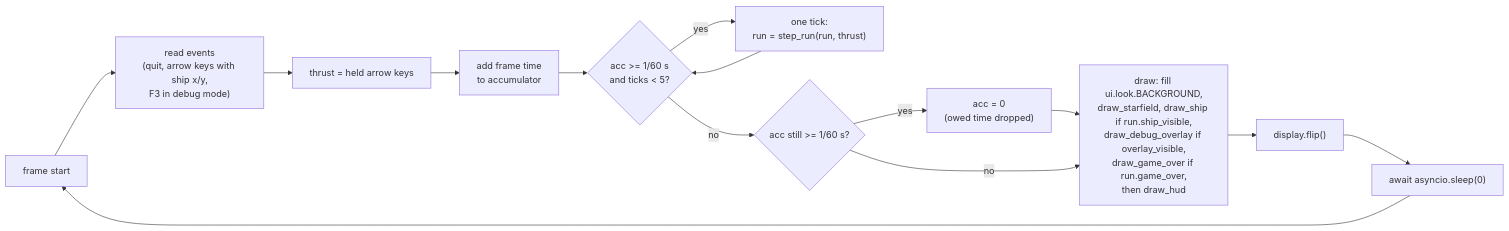
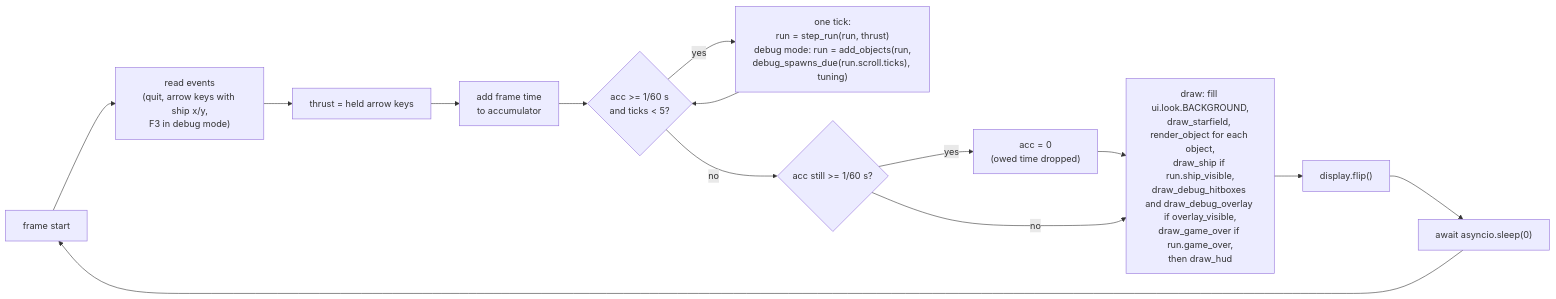
The third of 3 diagrams in docs/contracts/systems/app.md (david-mntl/driftward-ace), drawn with Mermaid before and after one commit. The commit also changed other lines of this file and 17 other files, not shown here.

Commit message:
docs(contracts): add objects spec and schemas, update run, ship, app and overlay specs

````diff
--- a/docs/contracts/systems/app.md
+++ b/docs/contracts/systems/app.md
@@ -76,14 +86,14 @@
 ```mermaid
 flowchart LR
   F["frame start"] --> EV["read events<br/>(quit, arrow keys with ship x/y,<br/>F3 in debug mode)"]
   EV --> HK["thrust = held arrow keys"]
   HK --> AC["add frame time<br/>to accumulator"]
   AC --> T{"acc >= 1/60 s<br/>and ticks < 5?"}
-  T -- yes --> TK["one tick:<br/>run = step_run(run, thrust)"] --> T
+  T -- yes --> TK["one tick:<br/>run = step_run(run, thrust)<br/>debug mode: run = add_objects(run,<br/>debug_spawns_due(run.scroll.ticks), tuning)"] --> T
   T -- no --> CAP{"acc still >= 1/60 s?"}
   CAP -- yes --> DROP["acc = 0<br/>(owed time dropped)"] --> D
-  CAP -- no --> D["draw: fill ui.look.BACKGROUND,<br/>draw_starfield, draw_ship if run.ship_visible,<br/>draw_debug_overlay if overlay_visible,<br/>draw_game_over if run.game_over,<br/>then draw_hud"]
+  CAP -- no --> D["draw: fill ui.look.BACKGROUND,<br/>draw_starfield, render_object for each object,<br/>draw_ship if run.ship_visible,<br/>draw_debug_hitboxes and draw_debug_overlay if overlay_visible,<br/>draw_game_over if run.game_over,<br/>then draw_hud"]
   D --> FL["display.flip()"]
   FL --> Y["await asyncio.sleep(0)"]
   Y --> F
 ```
````
